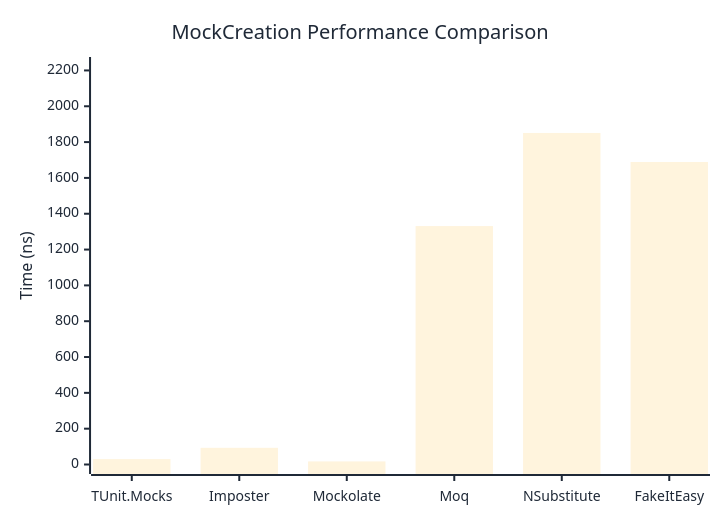
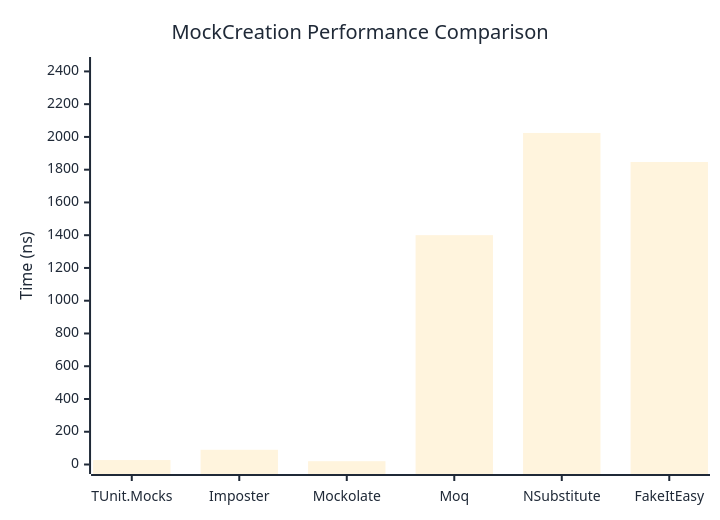
The first of 2 diagrams in docs/docs/benchmarks/mocks/MockCreation.md (thomhurst/TUnit), drawn with Mermaid before and after one commit. The commit also changed other lines of this file and 14 other files, not shown here.

````diff
--- a/docs/docs/benchmarks/mocks/MockCreation.md
+++ b/docs/docs/benchmarks/mocks/MockCreation.md
@@ -30,27 +30,27 @@
 ```mermaid
 %%{init: {
   'theme':'base',
   'themeVariables': {
     'primaryColor': '#2563eb',
     'primaryTextColor': '#1f2937',
     'primaryBorderColor': '#1e40af',
     'lineColor': '#6b7280',
     'secondaryColor': '#7c3aed',
     'tertiaryColor': '#dc2626',
     'background': '#ffffff',
     'pie1': '#2563eb',
     'pie2': '#7c3aed',
     'pie3': '#dc2626',
     'pie4': '#f59e0b',
     'pie5': '#10b981',
     'pie6': '#06b6d4',
     'pie7': '#ec4899',
     'pie8': '#6366f1'
   }
 }}%%
 xychart-beta
   title "MockCreation Performance Comparison"
   x-axis ["TUnit.Mocks", "Imposter", "Mockolate", "Moq", "NSubstitute", "FakeItEasy"]
-  y-axis "Time (ns)" 0 --> 2222
-  bar [30.15, 93.1, 17.21, 1331.11, 1850.97, 1688.9]
+  y-axis "Time (ns)" 0 --> 2430
+  bar [27.21, 89.82, 20.14, 1400.23, 2024.18, 1847]
 ```
````
